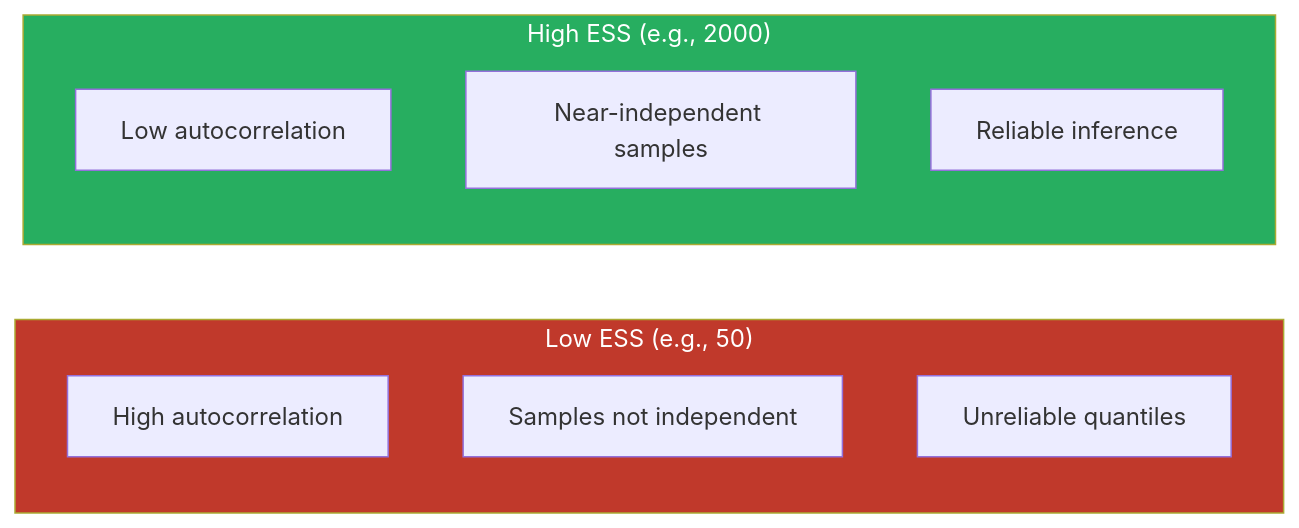
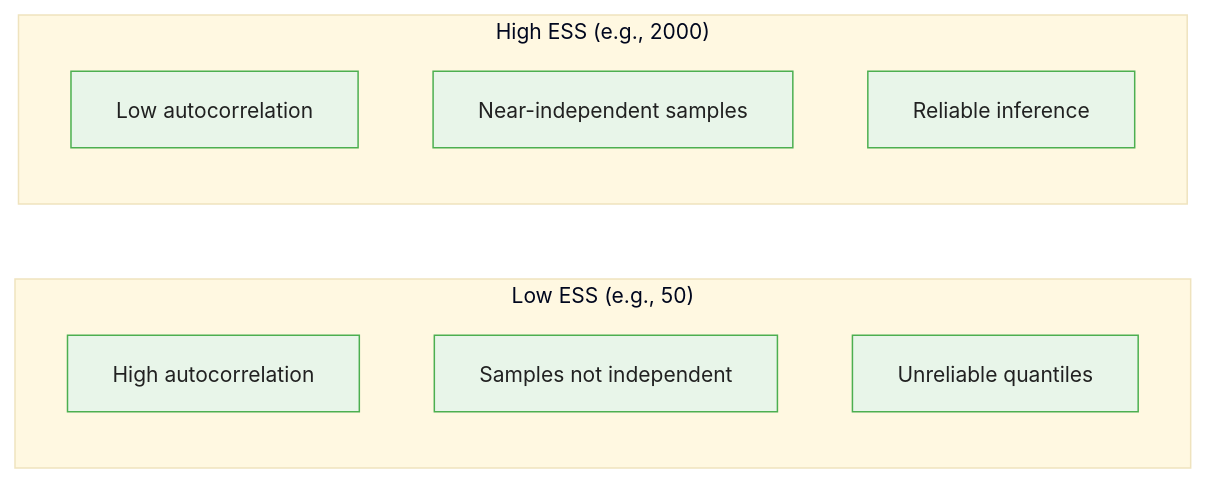
Before and after one commit to m-deane/course-creator: the second of 4 diagrams in courses/bayesian-commodity-forecasting/modules/module_06_inference/guides/04_convergence_diagnostics_slides.md, drawn with Mermaid. The commit also changed other lines of this file and 104 other files, not shown here.

````diff
--- a/courses/bayesian-commodity-forecasting/modules/module_06_inference/guides/04_convergence_diagnostics_slides.md
+++ b/courses/bayesian-commodity-forecasting/modules/module_06_inference/guides/04_convergence_diagnostics_slides.md
@@ -87,15 +102,14 @@
 ```mermaid
+%%{init: {"theme": "base", "themeVariables": {"primaryColor": "#e8f5e9", "primaryBorderColor": "#4caf50", "primaryTextColor": "#212121", "secondaryColor": "#e3f2fd", "tertiaryColor": "#fff8e1", "lineColor": "#757575", "fontFamily": "Inter, sans-serif", "fontSize": "14px"}}}%%
 flowchart LR
     subgraph Low["Low ESS (e.g., 50)"]
         L1["High autocorrelation"]
         L2["Samples not independent"]
         L3["Unreliable quantiles"]
     end
     subgraph High["High ESS (e.g., 2000)"]
         H1["Low autocorrelation"]
         H2["Near-independent samples"]
         H3["Reliable inference"]
     end
-    style Low fill:#c0392b,color:#fff
-    style High fill:#27ae60,color:#fff
 ```
````
